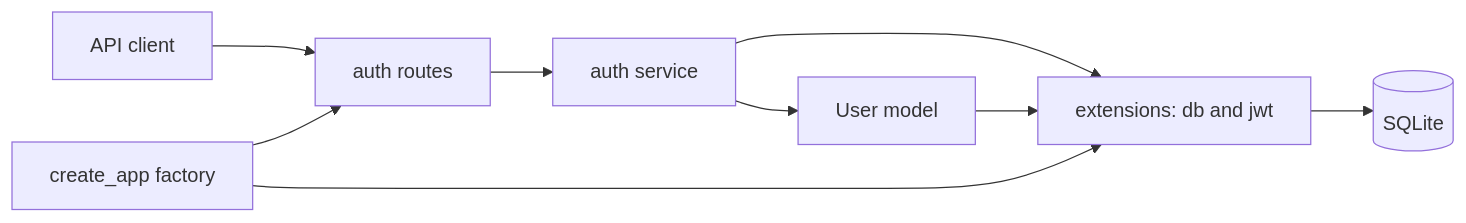
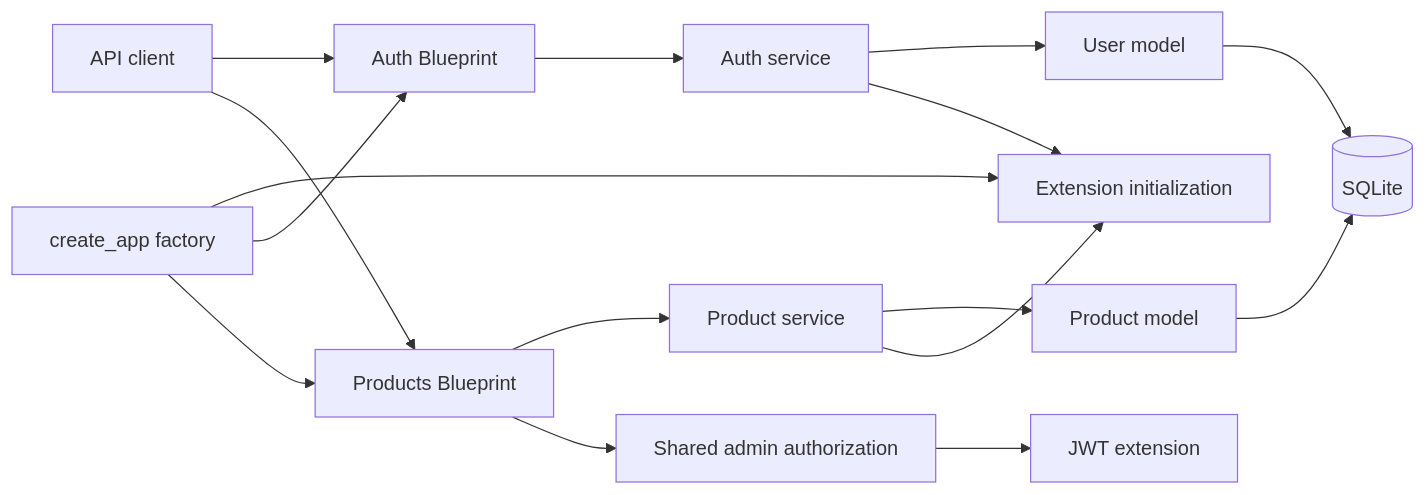
Before and after one commit to elkuno213/digimarket: the diagram in README.md, drawn with Mermaid. The commit also changed other lines of this file, not shown here.

Commit message:
docs: document product catalog

````diff
--- a/README.md
+++ b/README.md
@@ -128,11 +164,18 @@
 ```mermaid
 flowchart LR
-    C[API client] --> R[auth routes]
-    R --> S[auth service]
-    S --> U[User model]
-    S --> E[extensions: db and jwt]
-    U --> E
-    E --> D[(SQLite)]
-    F[create_app factory] --> E
-    F --> R
+    C[API client] --> AR[Auth Blueprint]
+    C --> PR[Products Blueprint]
+    F[create_app factory] --> E[Extension initialization]
+    F --> AR
+    F --> PR
+    AR --> AS[Auth service]
+    PR --> PS[Product service]
+    PR --> AZ[Shared admin authorization]
+    AZ --> JWT[JWT extension]
+    AS --> UM[User model]
+    PS --> PM[Product model]
+    AS --> E
+    PS --> E
+    UM --> DB[(SQLite)]
+    PM --> DB
 ```
````
